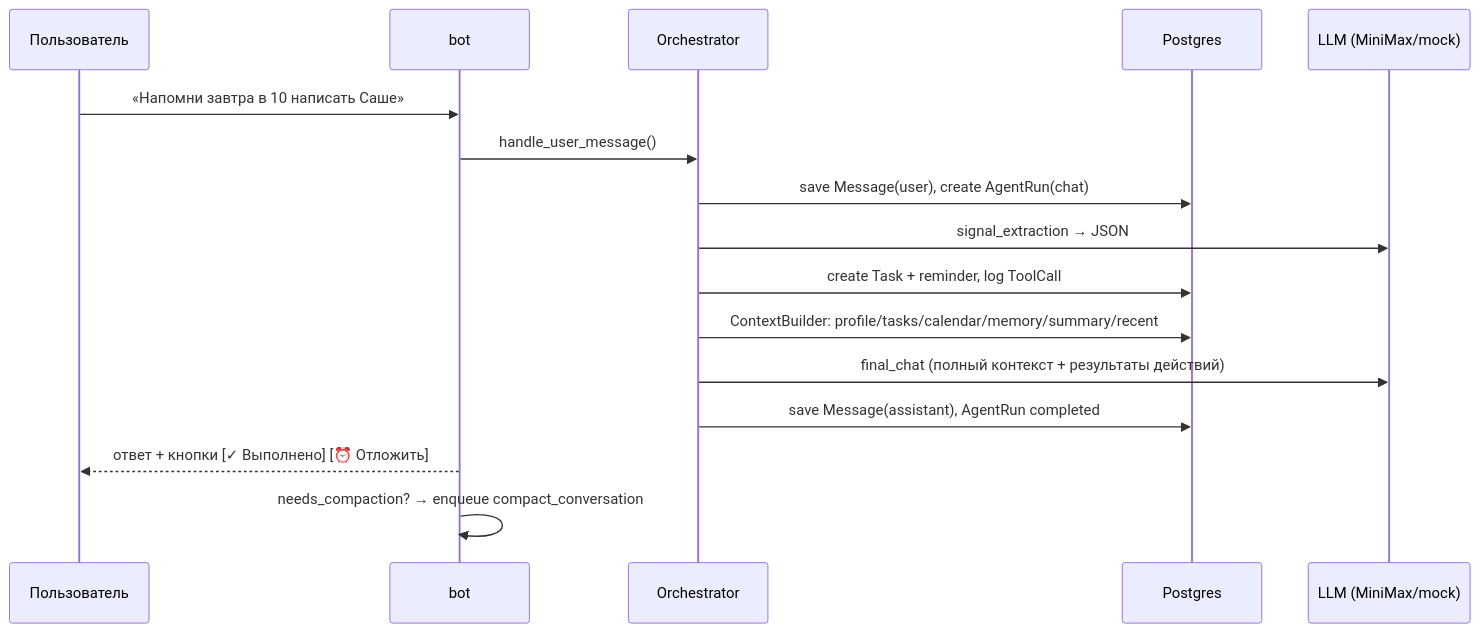
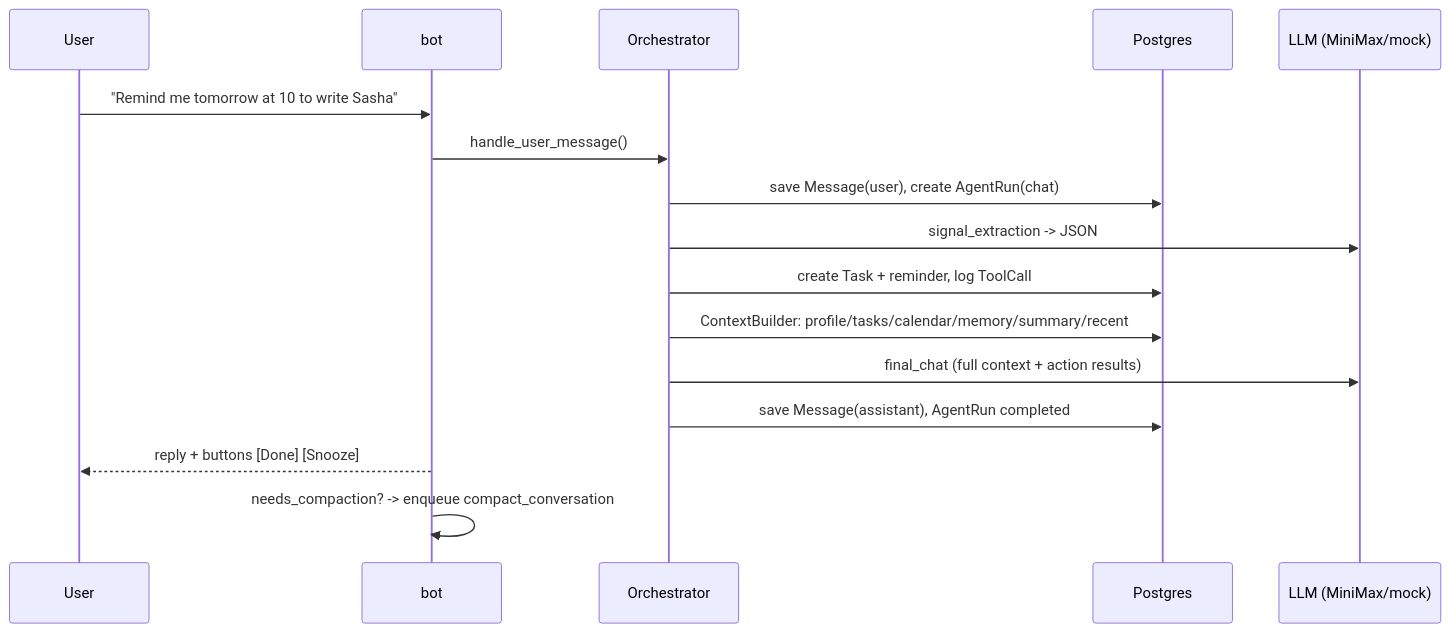
Before and after one commit to Maksim-Burtsev/lumi: the second of 4 diagrams in docs/architecture.md, drawn with Mermaid. The commit also changed other lines of this file and 8 other files, not shown here.

````diff
--- a/docs/architecture.md
+++ b/docs/architecture.md
@@ -59,19 +57,19 @@
 ```mermaid
 sequenceDiagram
-    participant U as Пользователь
+    participant U as User
     participant B as bot
     participant O as Orchestrator
     participant DB as Postgres
     participant L as LLM (MiniMax/mock)
 
-    U->>B: «Напомни завтра в 10 написать Саше»
+    U->>B: "Remind me tomorrow at 10 to write Sasha"
     B->>O: handle_user_message()
     O->>DB: save Message(user), create AgentRun(chat)
-    O->>L: signal_extraction → JSON
+    O->>L: signal_extraction -> JSON
     O->>DB: create Task + reminder, log ToolCall
     O->>DB: ContextBuilder: profile/tasks/calendar/memory/summary/recent
-    O->>L: final_chat (полный контекст + результаты действий)
+    O->>L: final_chat (full context + action results)
     O->>DB: save Message(assistant), AgentRun completed
-    B-->>U: ответ + кнопки [✓ Выполнено] [⏰ Отложить]
-    B->>B: needs_compaction? → enqueue compact_conversation
+    B-->>U: reply + buttons [Done] [Snooze]
+    B->>B: needs_compaction? -> enqueue compact_conversation
 ```
````
